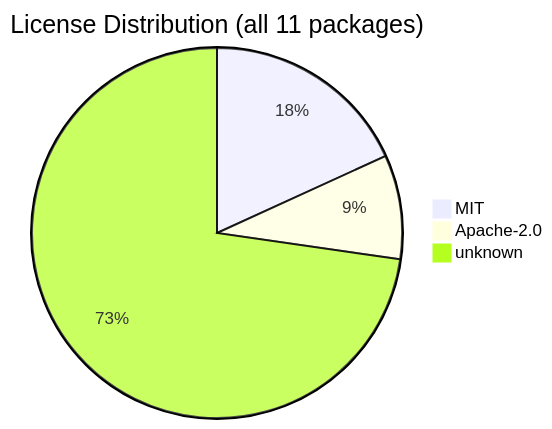
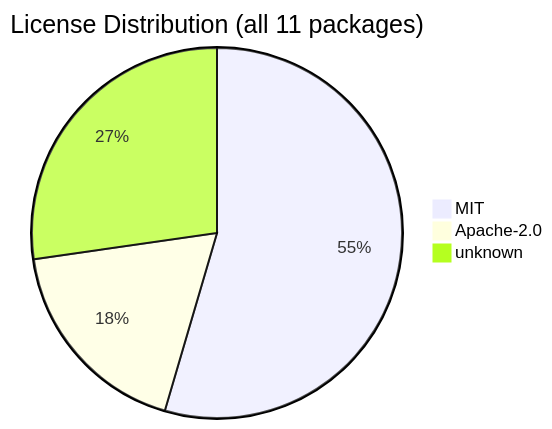
The diagram in .shipwright/compliance/sbom.md (svenroth-ai/shipwright), drawn with Mermaid before and after one commit. The commit also changed other lines of this file and 22 other files, not shown here.

````diff
--- a/.shipwright/compliance/sbom.md
+++ b/.shipwright/compliance/sbom.md
@@ -18,6 +18,6 @@
 ```mermaid
 pie title License Distribution (all 11 packages)
-    "MIT" : 2
-    "Apache-2.0" : 1
-    "unknown" : 8
+    "MIT" : 6
+    "Apache-2.0" : 2
+    "unknown" : 3
 ```
````
